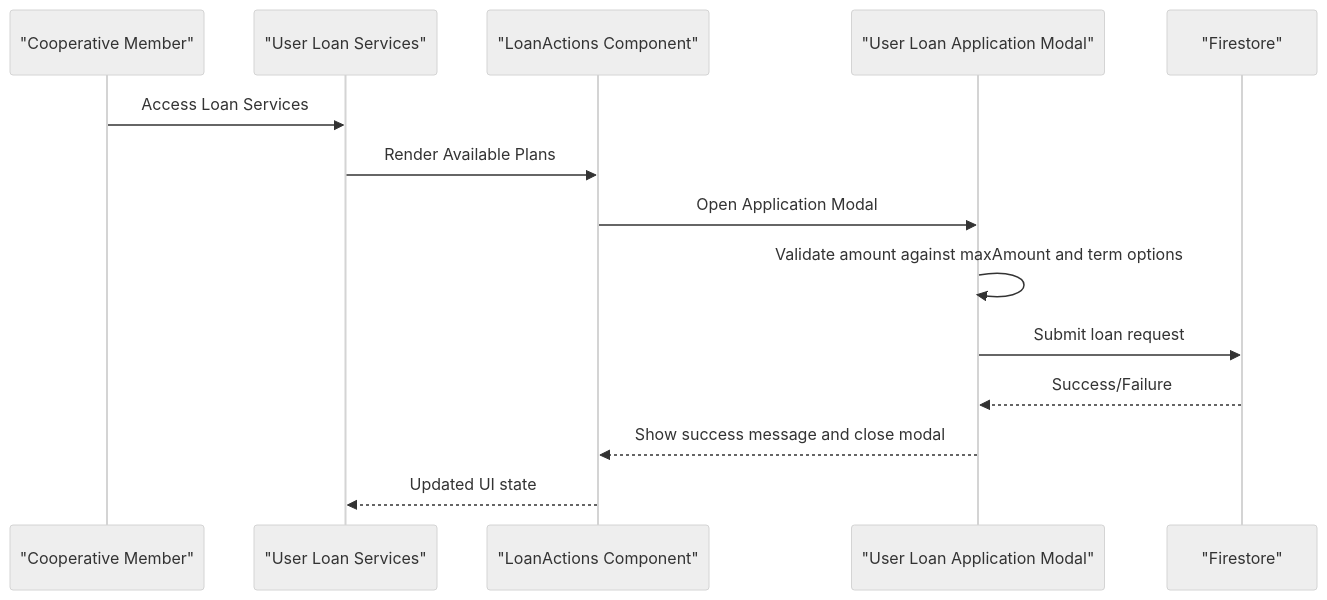
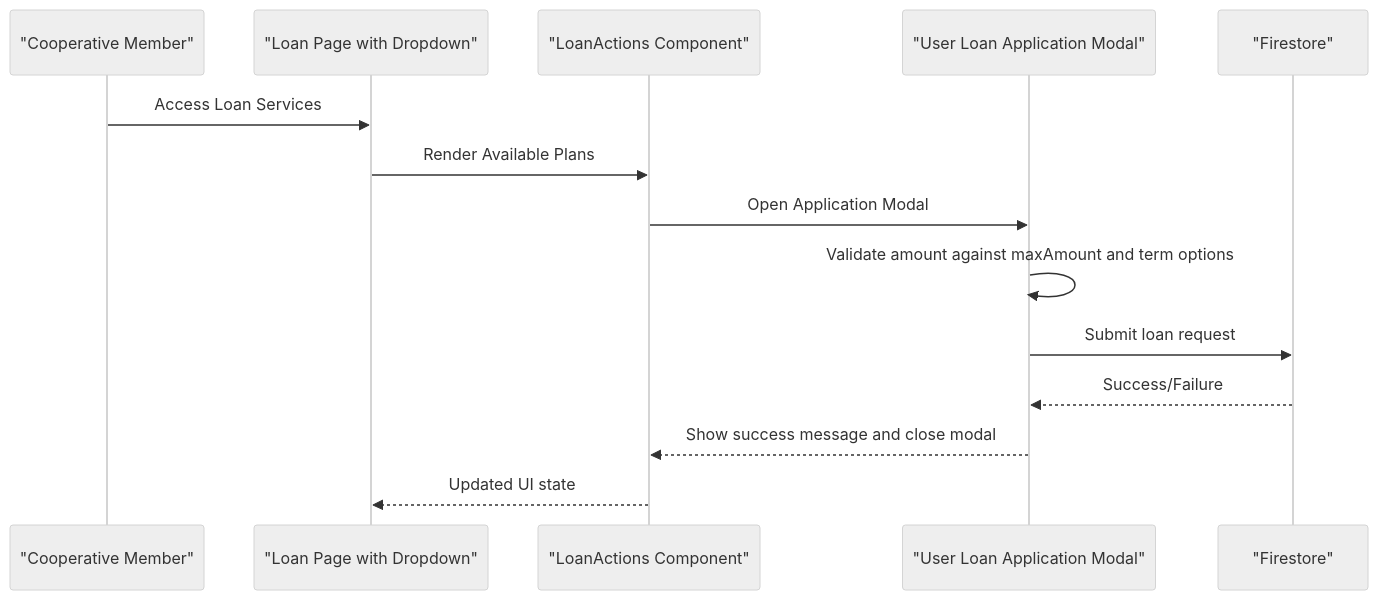
Before and after one commit to Unsure-bry/sampacoop_system: the third of 6 diagrams in .qoder/repowiki/en/content/Loan Management System/Loan Plan Management.md, drawn with Mermaid (neutral theme). The commit also changed other lines of this file and 6 other files, not shown here.

````diff
--- a/.qoder/repowiki/en/content/Loan Management System/Loan Plan Management.md
+++ b/.qoder/repowiki/en/content/Loan Management System/Loan Plan Management.md
@@ -142,16 +149,16 @@
 ```mermaid
 sequenceDiagram
 participant User as "Cooperative Member"
-participant UserUI as "User Loan Services"
+participant UserUI as "Loan Page with Dropdown"
 participant Actions as "LoanActions Component"
 participant AppModal as "User Loan Application Modal"
 participant Firestore as "Firestore"
 User->>UserUI : Access Loan Services
 UserUI->>Actions : Render Available Plans
 Actions->>AppModal : Open Application Modal
 AppModal->>AppModal : Validate amount against maxAmount and term options
 AppModal->>Firestore : Submit loan request
 Firestore-->>AppModal : Success/Failure
 AppModal-->>Actions : Show success message and close modal
 Actions-->>UserUI : Updated UI state
 ```
````
